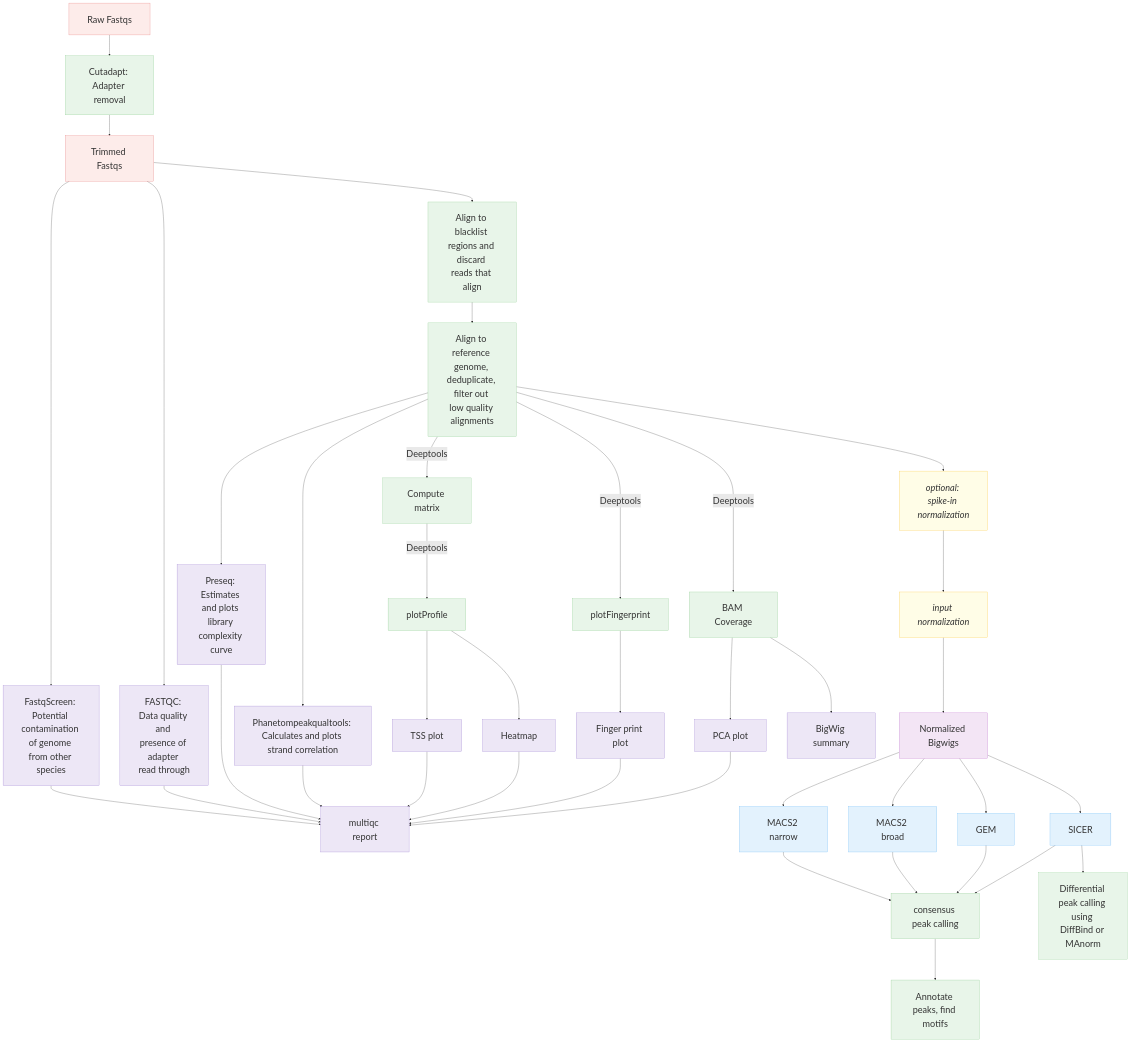
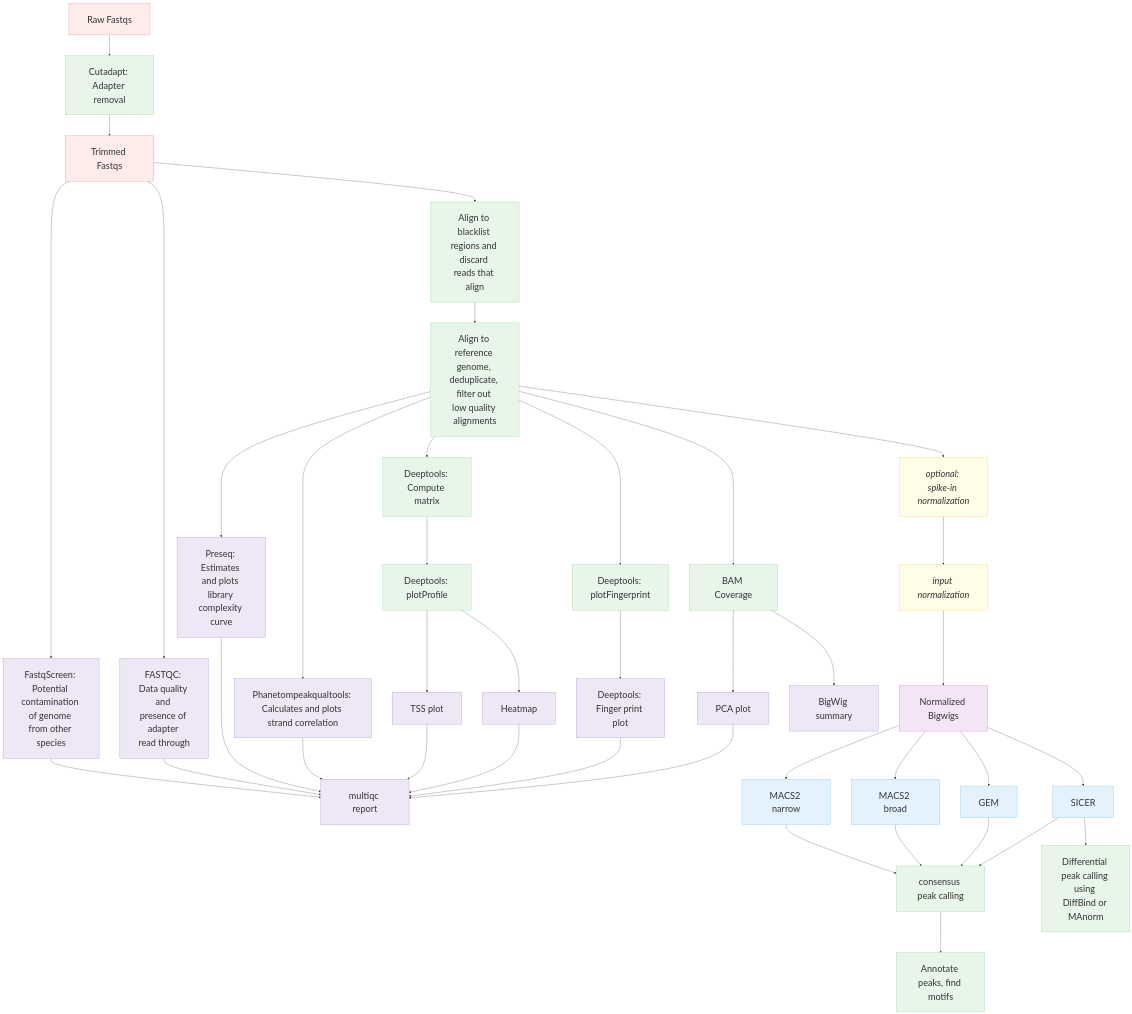
The first of 2 diagrams in docs/diagram/index.md (CCBR/CHAMPAGNE), drawn with Mermaid before and after one commit.

Commit message:
Made more updates.

````diff
--- a/docs/diagram/index.md
+++ b/docs/diagram/index.md
@@ -3,82 +3,82 @@
 ```mermaid
 
 %%{init: {
   "themeVariables": {
      "background": "transparent",
      "fontSize": "35px" },
   "flowchart": {
     "nodeSpacing": 80,
     "rankSpacing": 80,
     "padding": 35,
     "htmlLabels": true
 }}}%%
 
 flowchart TB
 
   %% Input
   Raw["Raw Fastqs"]:::input --> Trimming["Cutadapt: Adapter removal"]:::process
   Trimming --> Trimmed["Trimmed Fastqs"]:::input
    
   %% Quality Control
    MultiQC["multiqc report"]:::output
   Trimmed --> Contaminants["FastqScreen: Potential contamination of genome from other species"]:::output
   Contaminants --> MultiQC
   Trimmed --> QC_results["FASTQC: Data quality and presence of adapter read through"]:::output
   QC_results --> MultiQC
 
   %% Blacklist filtering
   Trimmed --> Blacklist["Align to blacklist regions and discard reads that align"]:::process
 
   %% Preseq and alignment
   Blacklist --> Align["Align to reference genome, deduplicate, filter out low quality alignments"]:::process
   Align --> Cc["Preseq: Estimates and plots library complexity curve"]:::output
   Cc ---> MultiQC
 
   %% Phantompeakqualtools and alignment
   Align --> Scc["Phanetompeakqualtools: Calculates and plots strand correlation"]:::output
   Scc --> MultiQC
 
   %% Spike-in normalization (optional)
   Align --> Spike["optional: spike-in normalization"]:::note
   Spike --> InputNorm["input normalization"]:::note
   InputNorm --> NormBigwigs["Normalized Bigwigs"]:::data
 
   %% Deeptools steps
-  Align --> |Deeptools| Matrix["Compute matrix"]:::process
-  Matrix --> |Deeptools| Profile["plotProfile"]:::process
+  Align --> Matrix["Deeptools: Compute matrix"]:::process
+  Matrix --> Profile["Deeptools: plotProfile"]:::process
   Profile --> TSSplot["TSS plot"]:::output
   Profile --> Heatmap["Heatmap"]:::output
   TSSplot --> MultiQC
   Heatmap --> MultiQC
-  Align --> |Deeptools| fingerprint["plotFingerprint"]:::process
-  fingerprint --> fingerprintplot["Finger print plot"]:::output
+  Align --> fingerprint["Deeptools: plotFingerprint"]:::process
+  fingerprint --> fingerprintplot["Deeptools: Finger print plot"]:::output
   fingerprintplot --> MultiQC
-  Align --> |Deeptools| BAMcov["BAM Coverage"]:::process
+  Align --> BAMcov["BAM Coverage"]:::process
   BAMcov --> PCA["PCA plot"]:::output & Bigwig["BigWig summary"]:::output
   PCA --> MultiQC
 
   %% Peak calling
   NormBigwigs --> MACS2narrow["MACS2 narrow"]:::tool
   NormBigwigs --> MACS2broad["MACS2 broad"]:::tool
   NormBigwigs --> SICER["SICER"]:::tool
   NormBigwigs --> GEM["GEM"]:::tool
   
   MACS2narrow --> Consensus["consensus peak calling"]:::process
   MACS2broad --> Consensus
   GEM --> Consensus
   SICER --> Consensus
  
   SICER --> Diffbind["Differential peak calling using DiffBind or MAnorm"]:::process
 
   Consensus --> Annotate["Annotate peaks, find motifs"]:::process
   %%Annotate --> MultiQC["multiqc report"]:::output
   %%Diffbind --> MultiQC
 
   %% Styles
   classDef input fill:#fdecea,stroke:#e57373,stroke-width:1px;
   classDef process fill:#e8f5e9,stroke:#81c784,stroke-width:1px;
   classDef tool fill:#e3f2fd,stroke:#64b5f6,stroke-width:1px;
   classDef note fill:#fffde7,stroke:#fbc02d,stroke-width:1px,font-style:italic;
   classDef output fill:#ede7f6,stroke:#9575cd,stroke-width:1px;
   classDef data fill:#f3e5f5,stroke:#ba68c8,stroke-width:1px;
 ```
````
